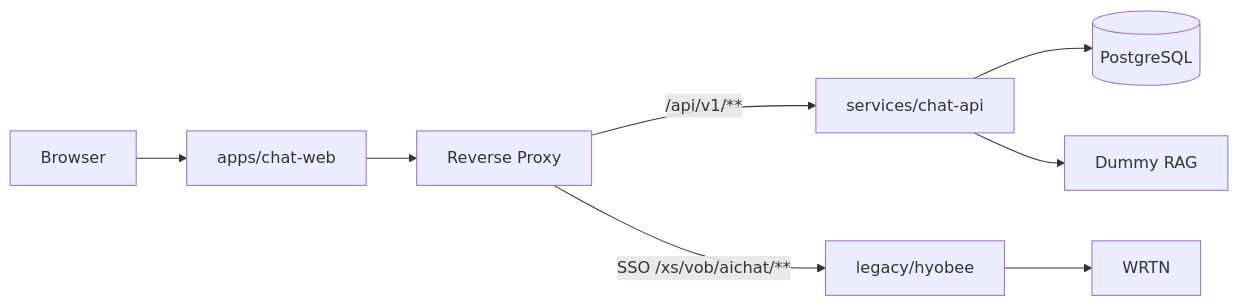
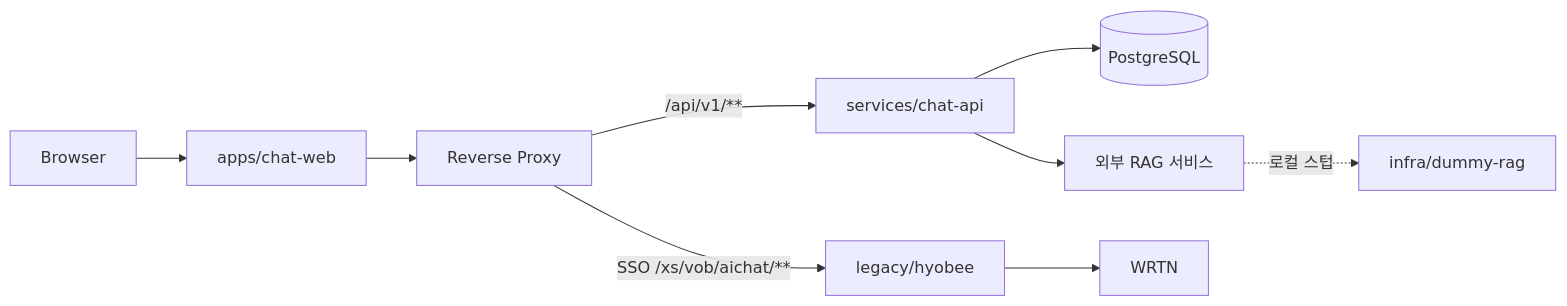
One commit to katsulabs/katsulabs-katsubot changed the diagram in docs/KC-007-modernization-plan.md. Above: the diagram before and after it, drawn with Mermaid. The commit also changed other lines of this file and 15 other files, not shown here.

````diff
--- a/docs/KC-007-modernization-plan.md
+++ b/docs/KC-007-modernization-plan.md
@@ -147,16 +147,17 @@
 ```mermaid
 flowchart LR
   User[Browser]
   GW[Reverse Proxy]
   Legacy[legacy/hyobee]
   API[services/chat-api]
   Web[apps/chat-web]
 
   User --> Web
   Web --> GW
   GW -->|/api/v1/**| API
   GW -->|SSO /xs/vob/aichat/**| Legacy
   API --> Postgres[(PostgreSQL)]
-  API --> DummyRAG[Dummy RAG]
+  API --> ExternalRAG[외부 RAG 서비스]
+  ExternalRAG -.->|로컬 스텁| DummyRAG[infra/dummy-rag]
   Legacy --> WRTN[WRTN]
 ```
````
